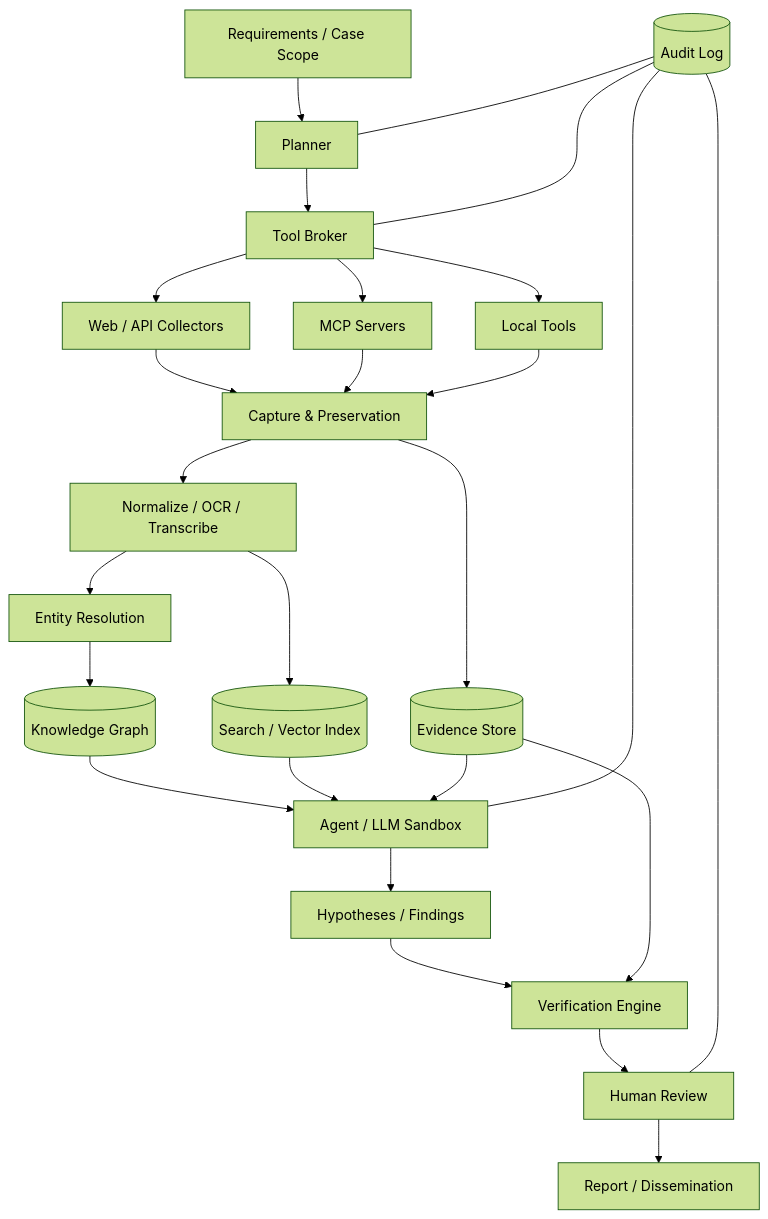
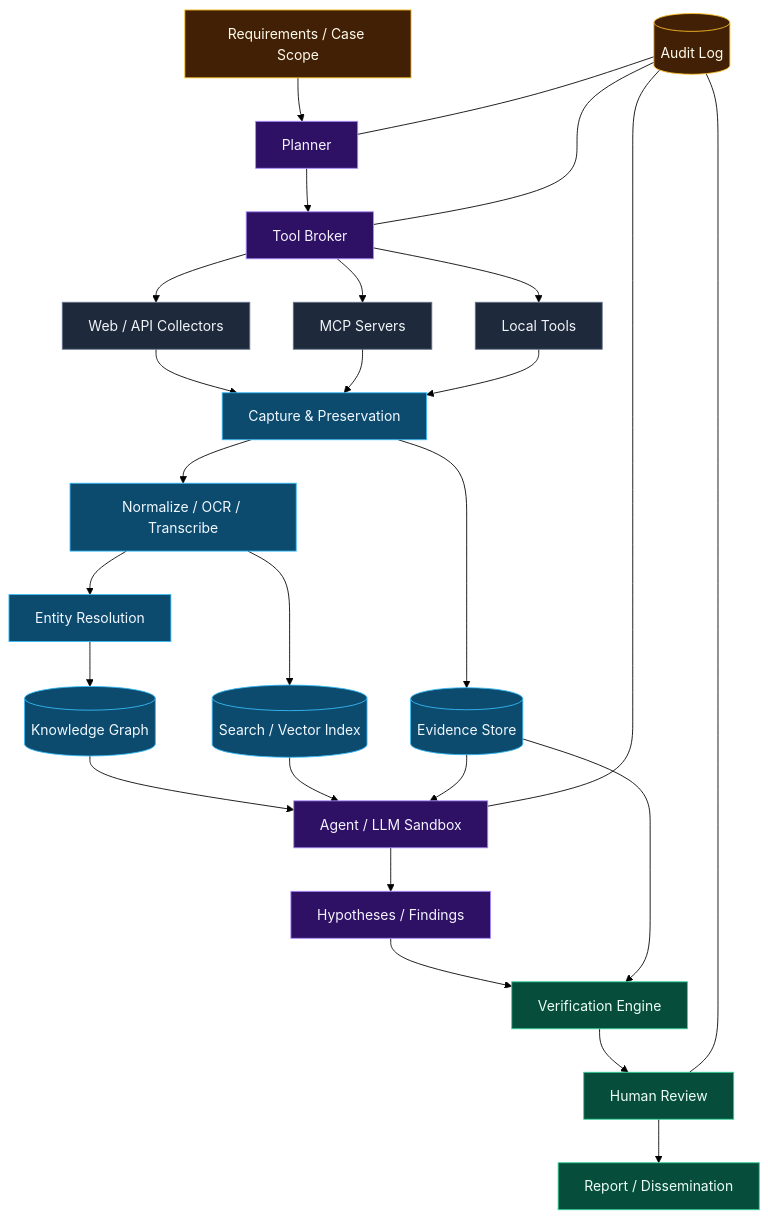
Before and after one commit to Ridd1kulusC0d3r/OSINTAI: the diagram in docs/reference-architecture.md, drawn with Mermaid (forest theme). The commit also changed other lines of this file and 41 other files, not shown here.

```diff
--- a/docs/reference-architecture.md
+++ b/docs/reference-architecture.md
@@ -18,32 +24,42 @@
 ~~~mermaid
 flowchart TD
     R[Requirements / Case Scope] --> P[Planner]
     P --> TB[Tool Broker]
     TB --> C1[Web / API Collectors]
     TB --> C2[MCP Servers]
     TB --> C3[Local Tools]
     C1 --> CAP[Capture & Preservation]
     C2 --> CAP
     C3 --> CAP
 
     CAP --> EV[(Evidence Store)]
     CAP --> N[Normalize / OCR / Transcribe]
     N --> ER[Entity Resolution]
     ER --> KG[(Knowledge Graph)]
     N --> IX[(Search / Vector Index)]
 
     KG --> AG[Agent / LLM Sandbox]
     IX --> AG
     EV --> AG
 
     AG --> HY[Hypotheses / Findings]
     HY --> V[Verification Engine]
     V --> HR[Human Review]
     HR --> REP[Report / Dissemination]
 
     EV --> V
     LOG[(Audit Log)] --- P
     LOG --- TB
     LOG --- AG
     LOG --- HR
+    classDef ev fill:#0c4a6e,stroke:#38bdf8,color:#f0f9ff
+    classDef mdl fill:#2e1065,stroke:#a78bfa,color:#f5f3ff
+    classDef gate fill:#064e3b,stroke:#34d399,color:#ecfdf5
+    classDef ctl fill:#422006,stroke:#fbbf24,color:#fffbeb
+    classDef ext fill:#1e293b,stroke:#64748b,color:#f1f5f9
+    class C1,C2,C3 ext
+    class CAP,EV,N,ER,KG,IX ev
+    class P,TB,AG,HY mdl
+    class V,HR,REP gate
+    class R,LOG ctl
 ~~~
```
